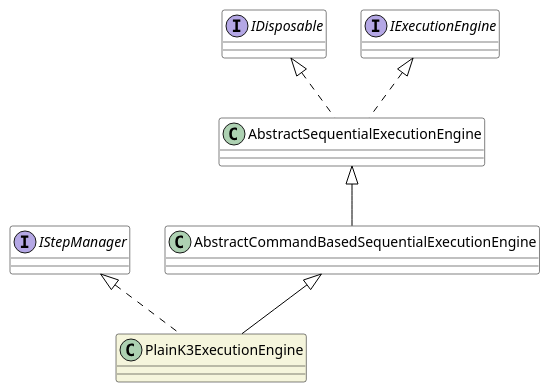
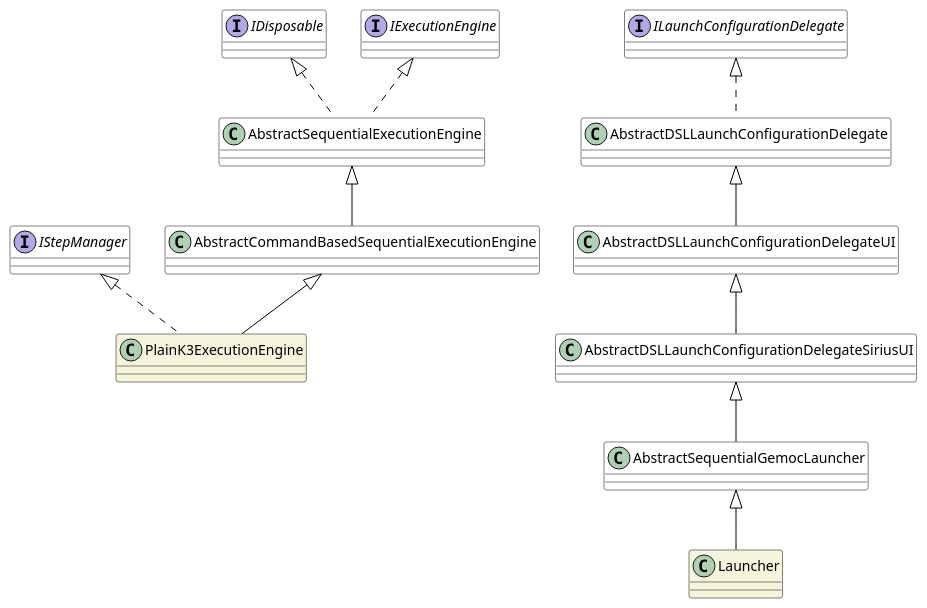
One commit to eclipse-gemoc/gemoc-studio-modeldebugging changed the diagram in java_execution/docs/dev/images/dev/PlainK3ExecutionEngine_CD.plantuml. Above: the diagram before and after it, drawn with PlantUML. The commit also changed 4 other files, not shown here.

Commit message:
add xdsml framework API overview class diagram

```diff
--- a/java_execution/docs/dev/images/dev/PlainK3ExecutionEngine_CD.plantuml
+++ b/java_execution/docs/dev/images/dev/PlainK3ExecutionEngine_CD.plantuml
@@ -1,24 +1,35 @@
 @startuml
 skinparam class {
 	BackgroundColor White
 	ArrowColor Black
 	BorderColor Black
 }
 
 scale max 1024 width
 scale max 800 height
 
 class PlainK3ExecutionEngine #beige {
 }  
 
+
+class Launcher #beige {
+}  
+
 interface IDisposable
 interface IExecutionEngine
 interface IStepManager
+interface ILaunchConfigurationDelegate
 
 IDisposable <|.. AbstractSequentialExecutionEngine 
 IExecutionEngine <|.. AbstractSequentialExecutionEngine 
 AbstractSequentialExecutionEngine <|-- AbstractCommandBasedSequentialExecutionEngine
 AbstractCommandBasedSequentialExecutionEngine <|-- PlainK3ExecutionEngine
 IStepManager <|.. PlainK3ExecutionEngine
 
+ILaunchConfigurationDelegate <|.. AbstractDSLLaunchConfigurationDelegate
+AbstractDSLLaunchConfigurationDelegate <|-- AbstractDSLLaunchConfigurationDelegateUI 
+AbstractDSLLaunchConfigurationDelegateUI <|-- AbstractDSLLaunchConfigurationDelegateSiriusUI
+AbstractDSLLaunchConfigurationDelegateSiriusUI <|-- AbstractSequentialGemocLauncher
+AbstractSequentialGemocLauncher <|-- Launcher
+
 @enduml
```
